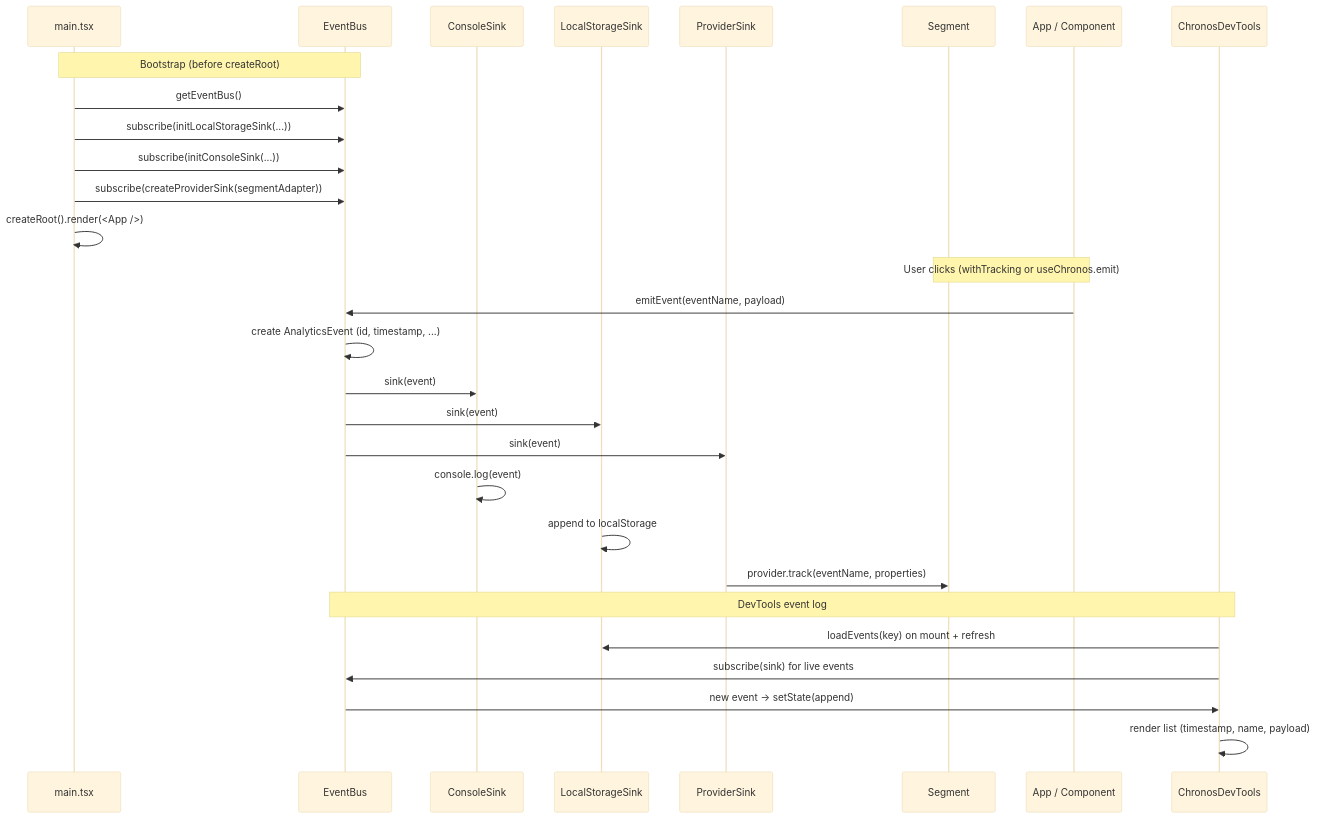
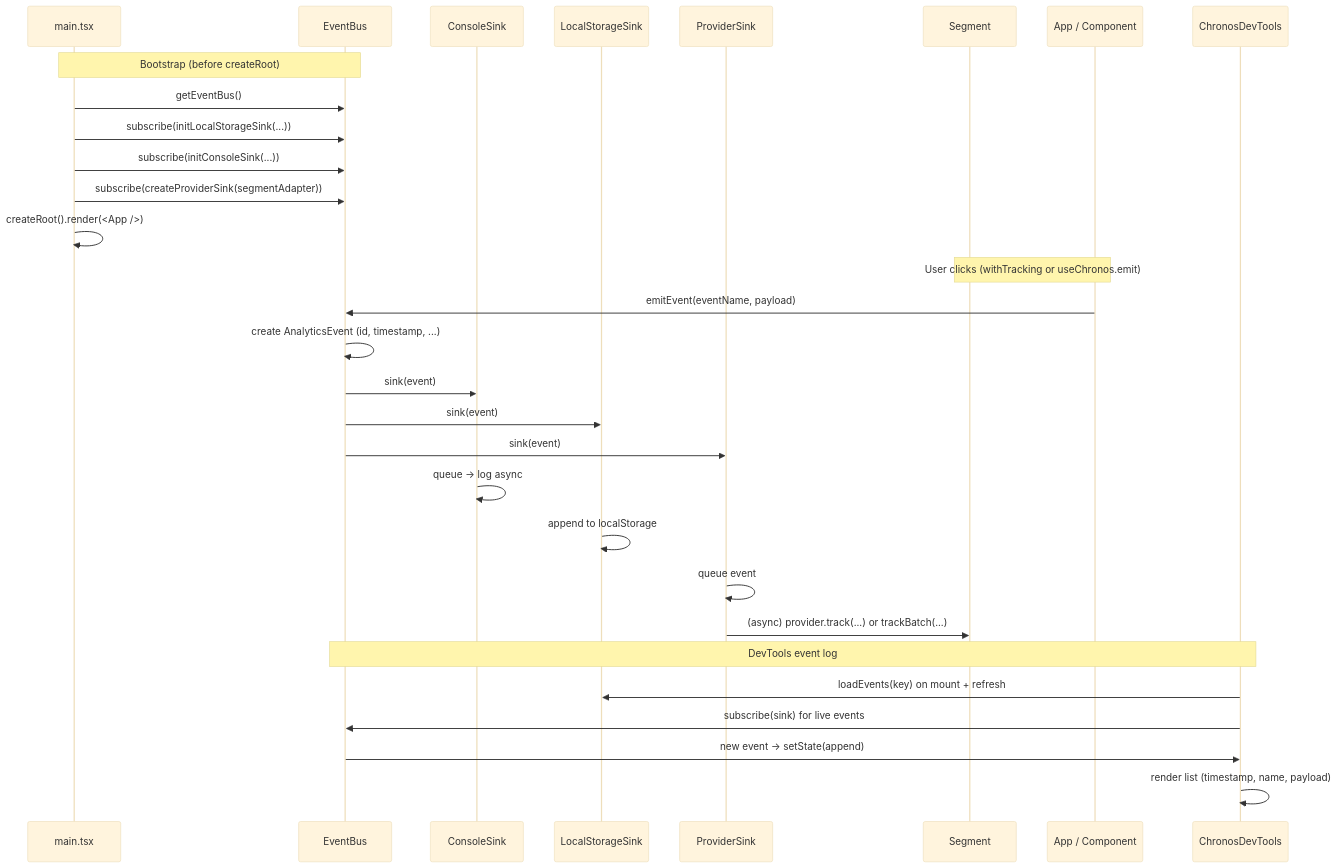
The second of 3 diagrams in README.md (kritb-earnin/chronos-analytics), drawn with Mermaid (base theme) before and after one commit. The commit also changed other lines of this file and 10 other files, not shown here.

First line of the commit message:
feat: enhance analytics provider functionality and improve event handling

````diff
--- a/README.md
+++ b/README.md
@@ -67,34 +67,35 @@
 ```mermaid
 sequenceDiagram
   participant Main as main.tsx
   participant Bus as EventBus
   participant Console as ConsoleSink
   participant Local as LocalStorageSink
   participant Provider as ProviderSink
   participant Segment as Segment
   participant App as App / Component
   participant DevTools as ChronosDevTools
 
   Note over Main, Bus: Bootstrap (before createRoot)
   Main->>Bus: getEventBus()
   Main->>Bus: subscribe(initLocalStorageSink(...))
   Main->>Bus: subscribe(initConsoleSink(...))
   Main->>Bus: subscribe(createProviderSink(segmentAdapter))
   Main->>Main: createRoot().render(<App />)
 
   Note over App, Segment: User clicks (withTracking or useChronos.emit)
   App->>Bus: emitEvent(eventName, payload)
   Bus->>Bus: create AnalyticsEvent (id, timestamp, ...)
   Bus->>Console: sink(event)
   Bus->>Local: sink(event)
   Bus->>Provider: sink(event)
-  Console->>Console: console.log(event)
+  Console->>Console: queue → log async
   Local->>Local: append to localStorage
-  Provider->>Segment: provider.track(eventName, properties)
+  Provider->>Provider: queue event
+  Provider->>Segment: (async) provider.track(...) or trackBatch(...)
 
   Note over Bus, DevTools: DevTools event log
   DevTools->>Local: loadEvents(key) on mount + refresh
   DevTools->>Bus: subscribe(sink) for live events
   Bus->>DevTools: new event → setState(append)
   DevTools->>DevTools: render list (timestamp, name, payload)
 ```
````
